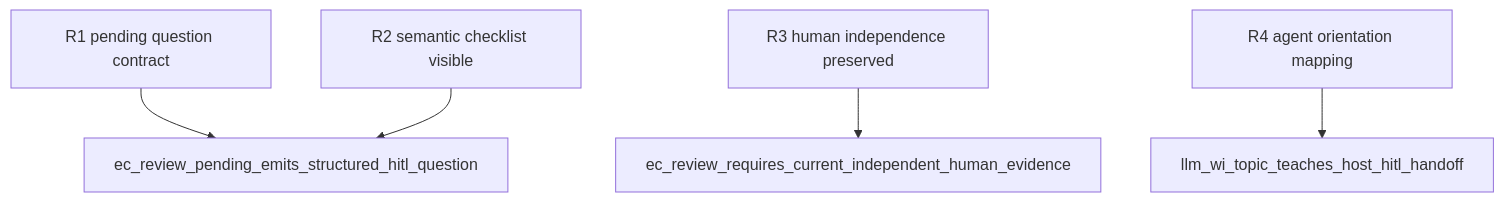
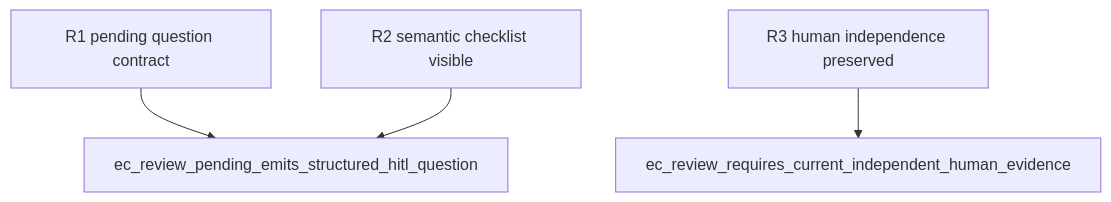
One commit to chrischeng-c4/axiom changed the second of 2 diagrams in apps/agentic-workflow/tech-design/logic/emit-actionable-hitl-questions-for-pending-ec-review.md. Above: the diagram before and after it, drawn with Mermaid. The commit also changed other lines of this file and 1 other file, not shown here.

Commit message:
fix(aw): recover from partial TD generation
Refs #1806

Refs #1807

````diff
--- a/apps/agentic-workflow/tech-design/logic/emit-actionable-hitl-questions-for-pending-ec-review.md
+++ b/apps/agentic-workflow/tech-design/logic/emit-actionable-hitl-questions-for-pending-ec-review.md
@@ -67,35 +63,28 @@
 ```mermaid
 ---
 id: emit-actionable-hitl-questions-for-pending-ec-review-verification
 requirements:
-  agent_orientation_mapping:
-    id: R4
-    text: "Agent orientation maps a typed HITL question to the host ask_user_question facility before resuming."
-    kind: regression
-    risk: medium
-    verify: llm_wi_topic_teaches_host_hitl_handoff
   human_independence_preserved:
     id: R3
     text: "The structured handoff cannot turn same-agent evidence into production approval."
     kind: security
     risk: high
     verify: ec_review_requires_current_independent_human_evidence
   pending_question_contract:
     id: R1
     text: "A pending production EC review emits a typed HITL question for host-agent rendering."
     kind: functional
     risk: high
     verify: ec_review_pending_emits_structured_hitl_question
   semantic_checklist_visible:
     id: R2
     text: "The pending question names the review target, all six semantic checks, and human decision paths."
     kind: regression
     risk: high
     verify: ec_review_pending_emits_structured_hitl_question
 ---
 flowchart TD
     r1[R1 pending question contract] --> ec_review_pending_emits_structured_hitl_question[ec_review_pending_emits_structured_hitl_question]
     r2[R2 semantic checklist visible] --> ec_review_pending_emits_structured_hitl_question
     r3[R3 human independence preserved] --> ec_review_requires_current_independent_human_evidence[ec_review_requires_current_independent_human_evidence]
-    r4[R4 agent orientation mapping] --> llm_wi_topic_teaches_host_hitl_handoff[llm_wi_topic_teaches_host_hitl_handoff]
 ```
````
